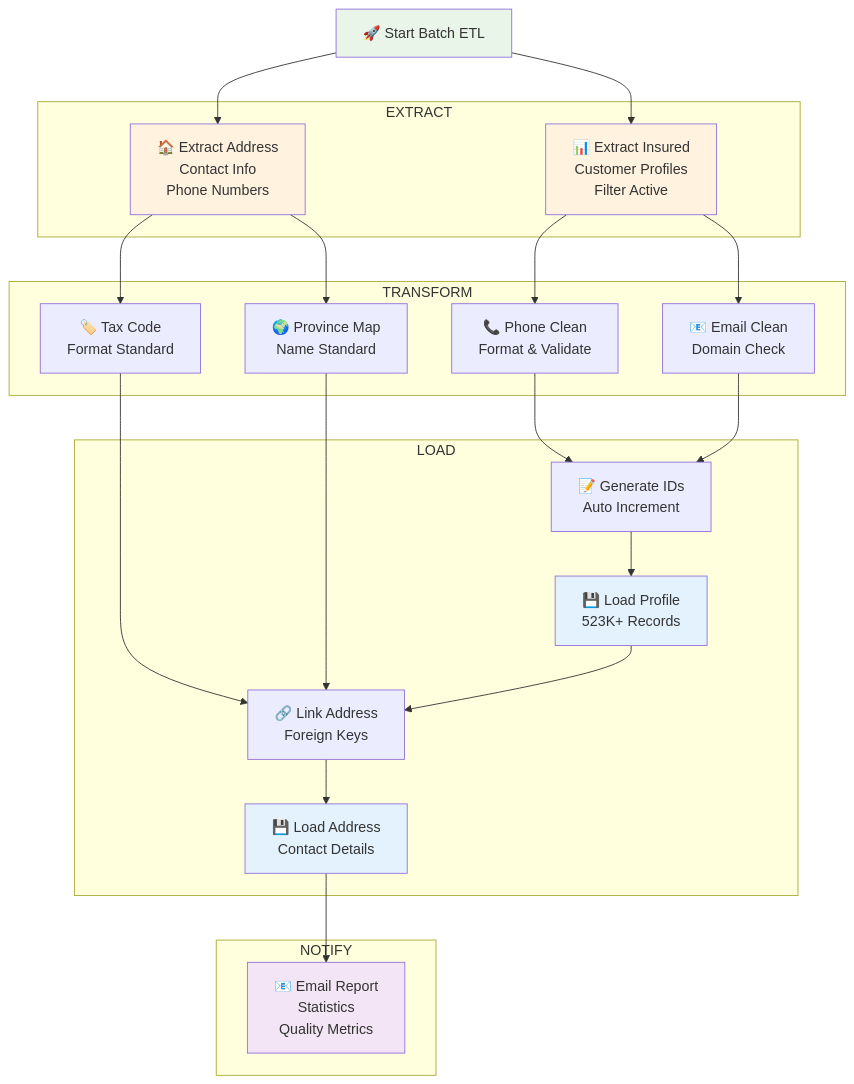
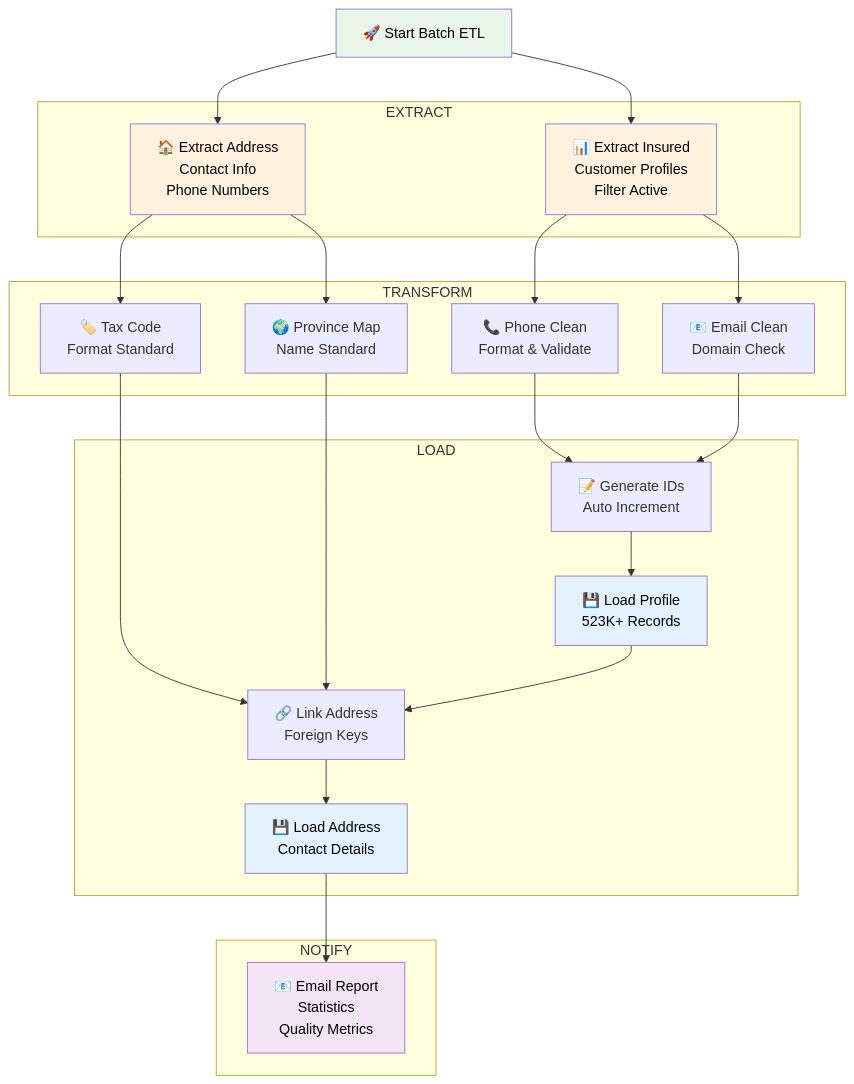
The third of 13 diagrams in README_CDP_PAC.md (sonphampac/ReportAI), drawn with Mermaid before and after one commit. The commit also changed other lines of this file, not shown here.

````diff
--- a/README_CDP_PAC.md
+++ b/README_CDP_PAC.md
@@ -523,49 +500,49 @@
 ```mermaid
 graph TD
     Start["🚀 Start Batch ETL"] 
     
     subgraph "EXTRACT"
         E1["📊 Extract Insured<br/>Customer Profiles<br/>Filter Active"]
         E2["🏠 Extract Address<br/>Contact Info<br/>Phone Numbers"]
     end
     
     subgraph "TRANSFORM"
         T1["📞 Phone Clean<br/>Format & Validate"]
         T2["📧 Email Clean<br/>Domain Check"]
         T3["🏷️ Tax Code<br/>Format Standard"]
         T4["🌍 Province Map<br/>Name Standard"]
     end
     
     subgraph "LOAD"
         L1["📝 Generate IDs<br/>Auto Increment"]
         L2["💾 Load Profile<br/>523K+ Records"]
         L3["🔗 Link Address<br/>Foreign Keys"]
         L4["💾 Load Address<br/>Contact Details"]
     end
     
     subgraph "NOTIFY"
         N1["📧 Email Report<br/>Statistics<br/>Quality Metrics"]
     end
     
     Start --> E1
     Start --> E2
     E1 --> T1
     E1 --> T2
     E2 --> T3
     E2 --> T4
     T1 --> L1
     T2 --> L1
     L1 --> L2
     T3 --> L3
     T4 --> L3
     L2 --> L3
     L3 --> L4
     L4 --> N1
     
-    style Start fill:#e8f5e8
-    style E1 fill:#fff3e0
-    style E2 fill:#fff3e0
-    style L2 fill:#e3f2fd
-    style L4 fill:#e3f2fd
-    style N1 fill:#f3e5f5
+    style Start fill:#e8f5e8,color:#000000
+    style E1 fill:#fff3e0,color:#000000
+    style E2 fill:#fff3e0,color:#000000
+    style L2 fill:#e3f2fd,color:#000000
+    style L4 fill:#e3f2fd,color:#000000
+    style N1 fill:#f3e5f5,color:#000000
 ```
````
